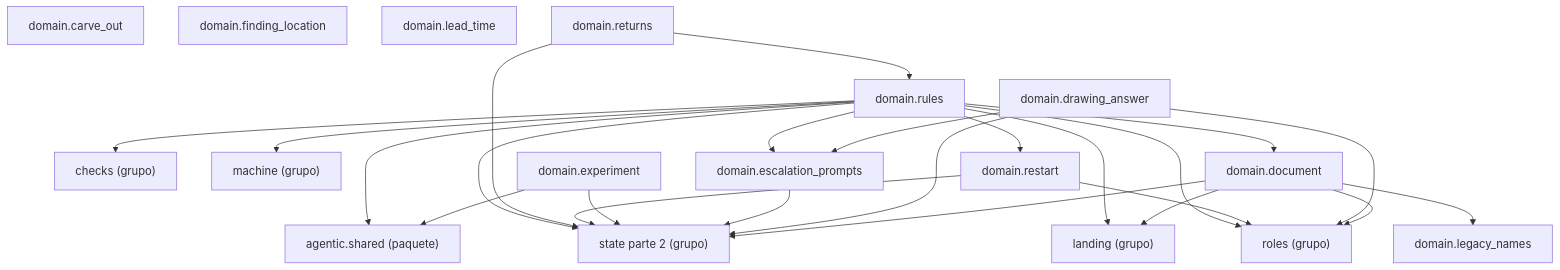
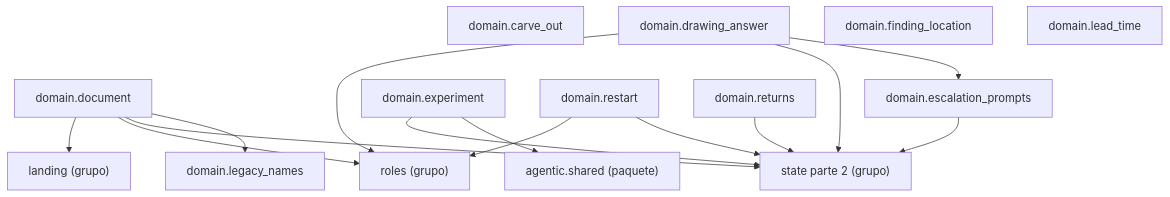
The diagram in docs/architecture/generated/packages-process-domain-state-1.md (GonzaloZevallos/agentic-system), drawn with Mermaid before and after one commit. The commit also changed 27 other files, not shown here.

First line of the commit message:
Regenerate the architecture docs over current master

````diff
--- a/docs/architecture/generated/packages-process-domain-state-1.md
+++ b/docs/architecture/generated/packages-process-domain-state-1.md
@@ -12,43 +12,30 @@
 ```mermaid
 graph TD
-    g_domain__checks["checks (grupo)"]
     g_domain__landing["landing (grupo)"]
-    g_domain__machine["machine (grupo)"]
     g_domain__roles["roles (grupo)"]
     g_domain__state__2["state parte 2 (grupo)"]
     g_pkg__agentic__shared["agentic.shared (paquete)"]
     m_domain__carve_out["domain.carve_out"]
     m_domain__document["domain.document"]
     m_domain__drawing_answer["domain.drawing_answer"]
     m_domain__escalation_prompts["domain.escalation_prompts"]
     m_domain__experiment["domain.experiment"]
     m_domain__finding_location["domain.finding_location"]
     m_domain__lead_time["domain.lead_time"]
     m_domain__legacy_names["domain.legacy_names"]
     m_domain__restart["domain.restart"]
     m_domain__returns["domain.returns"]
-    m_domain__rules["domain.rules"]
     m_domain__document --> g_domain__landing
     m_domain__document --> g_domain__roles
     m_domain__document --> g_domain__state__2
     m_domain__document --> m_domain__legacy_names
     m_domain__drawing_answer --> g_domain__roles
     m_domain__drawing_answer --> g_domain__state__2
     m_domain__drawing_answer --> m_domain__escalation_prompts
     m_domain__escalation_prompts --> g_domain__state__2
     m_domain__experiment --> g_domain__state__2
     m_domain__experiment --> g_pkg__agentic__shared
     m_domain__restart --> g_domain__roles
     m_domain__restart --> g_domain__state__2
     m_domain__returns --> g_domain__state__2
-    m_domain__returns --> m_domain__rules
-    m_domain__rules --> g_domain__checks
-    m_domain__rules --> g_domain__landing
-    m_domain__rules --> g_domain__machine
-    m_domain__rules --> g_domain__roles
-    m_domain__rules --> g_domain__state__2
-    m_domain__rules --> g_pkg__agentic__shared
-    m_domain__rules --> m_domain__document
-    m_domain__rules --> m_domain__escalation_prompts
-    m_domain__rules --> m_domain__restart
 ```
````
